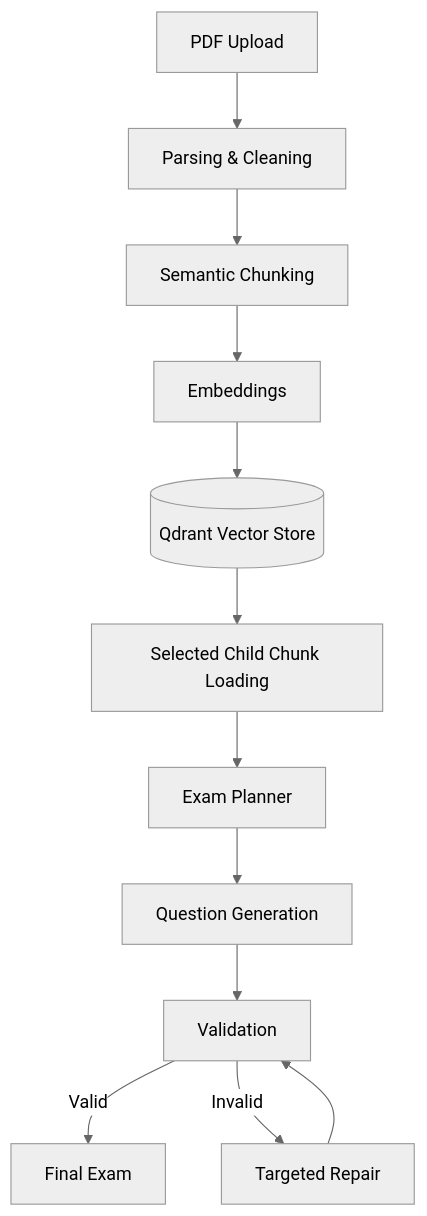
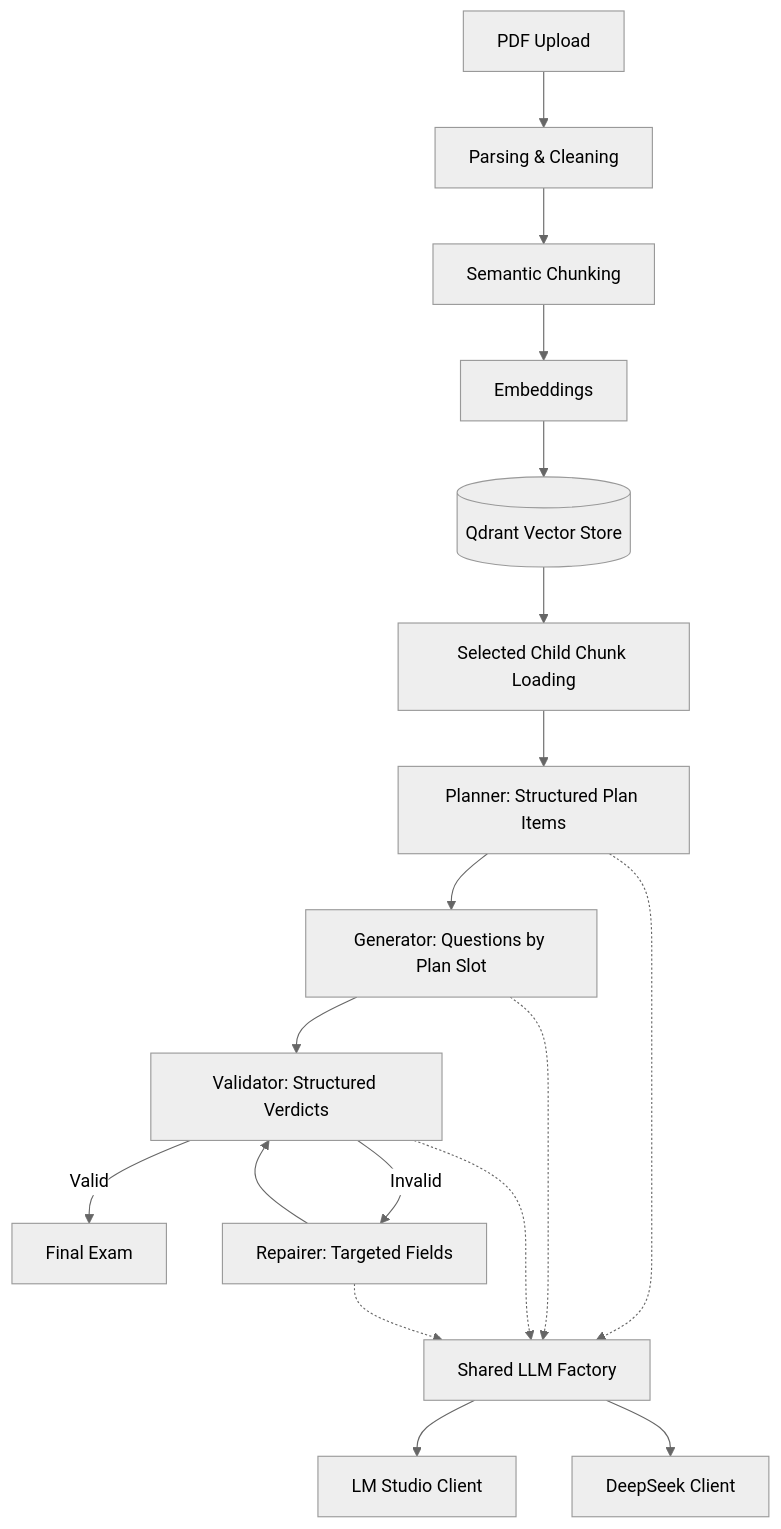
Before and after one commit to AbdelrahmanAlabadla/DraftWork: the diagram in README.md, drawn with Mermaid (neutral theme). The commit also changed other lines of this file and 17 other files, not shown here.

First line of the commit message:
feat: connect exam agents to structured LLM responses

````diff
--- a/README.md
+++ b/README.md
@@ -172,17 +175,24 @@
 ```mermaid id="mz5m42"
 flowchart TD
     A[PDF Upload] --> B[Parsing & Cleaning]
     B --> C[Semantic Chunking]
     C --> D[Embeddings]
     D --> E[(Qdrant Vector Store)]
 
     E --> F[Selected Child Chunk Loading]
-    F --> G[Exam Planner]
-    G --> H[Question Generation]
-    H --> I[Validation]
+    F --> G[Planner: Structured Plan Items]
+    G --> H[Generator: Questions by Plan Slot]
+    H --> I[Validator: Structured Verdicts]
 
     I -->|Valid| J[Final Exam]
-    I -->|Invalid| K[Targeted Repair]
+    I -->|Invalid| K[Repairer: Targeted Fields]
 
     K --> I
+
+    G -.-> L[Shared LLM Factory]
+    H -.-> L
+    I -.-> L
+    K -.-> L
+    L --> M[LM Studio Client]
+    L --> N[DeepSeek Client]
 ```
````
